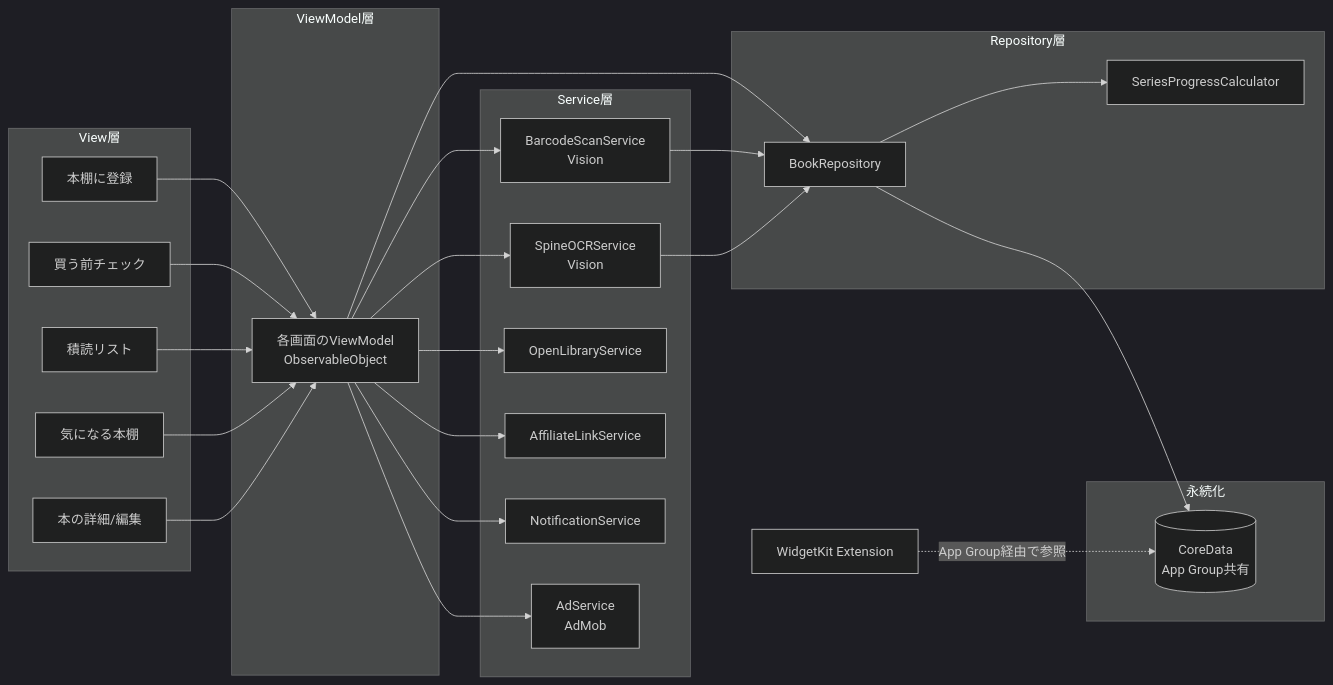
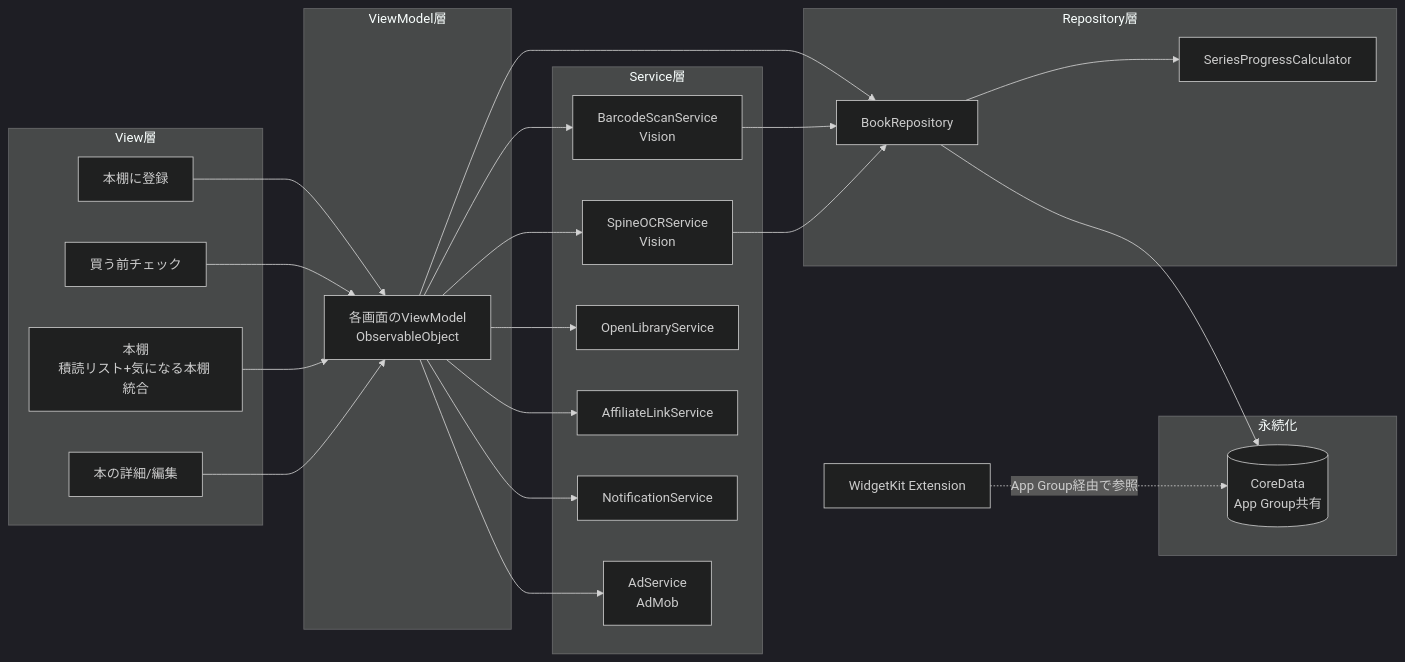
One commit to simizujob/bookReader changed the first of 5 diagrams in docs/基本設計書.md. Above: the diagram before and after it, drawn with Mermaid (dark theme). The commit also changed other lines of this file and 20 other files, not shown here.

First line of the commit message:
Merge 積読リスト and 気になる本棚 into one 本棚 screen

````diff
--- a/docs/基本設計書.md
+++ b/docs/基本設計書.md
@@ -18,38 +18,37 @@
 ```mermaid
 flowchart LR
     subgraph View層
         V1[本棚に登録]
         V2[買う前チェック]
-        V3[積読リスト]
-        V4[気になる本棚]
+        V3[本棚<br/>積読リスト+気になる本棚 統合]
         V5[本の詳細/編集]
     end
     subgraph ViewModel層
         VM[各画面のViewModel<br/>ObservableObject]
     end
     subgraph Service層
         S1[BarcodeScanService<br/>Vision]
         S2[SpineOCRService<br/>Vision]
         S3[OpenLibraryService]
         S4[AffiliateLinkService]
         S5[NotificationService]
         S6[AdService<br/>AdMob]
     end
     subgraph Repository層
         R1[BookRepository]
         R2[SeriesProgressCalculator]
     end
     subgraph 永続化
         D1[(CoreData<br/>App Group共有)]
     end
 
-    V1 & V2 & V3 & V4 & V5 --> VM
+    V1 & V2 & V3 & V5 --> VM
     VM --> S1 & S2 & S3 & S4 & S5 & S6
     VM --> R1
     R1 --> D1
     R1 --> R2
     S1 --> R1
     S2 --> R1
 
     W[WidgetKit Extension] -.App Group経由で参照.-> D1
 ```
````
